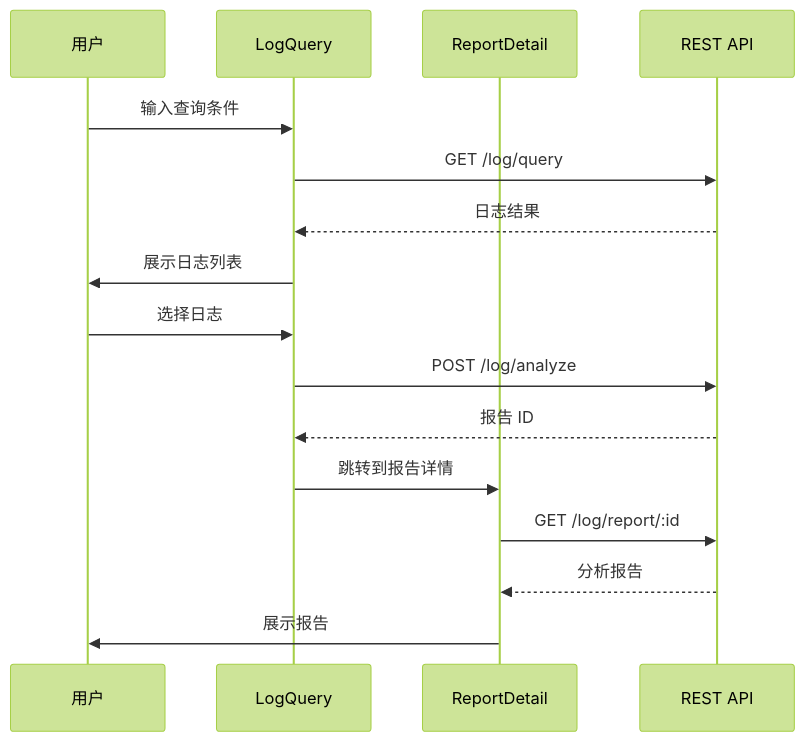
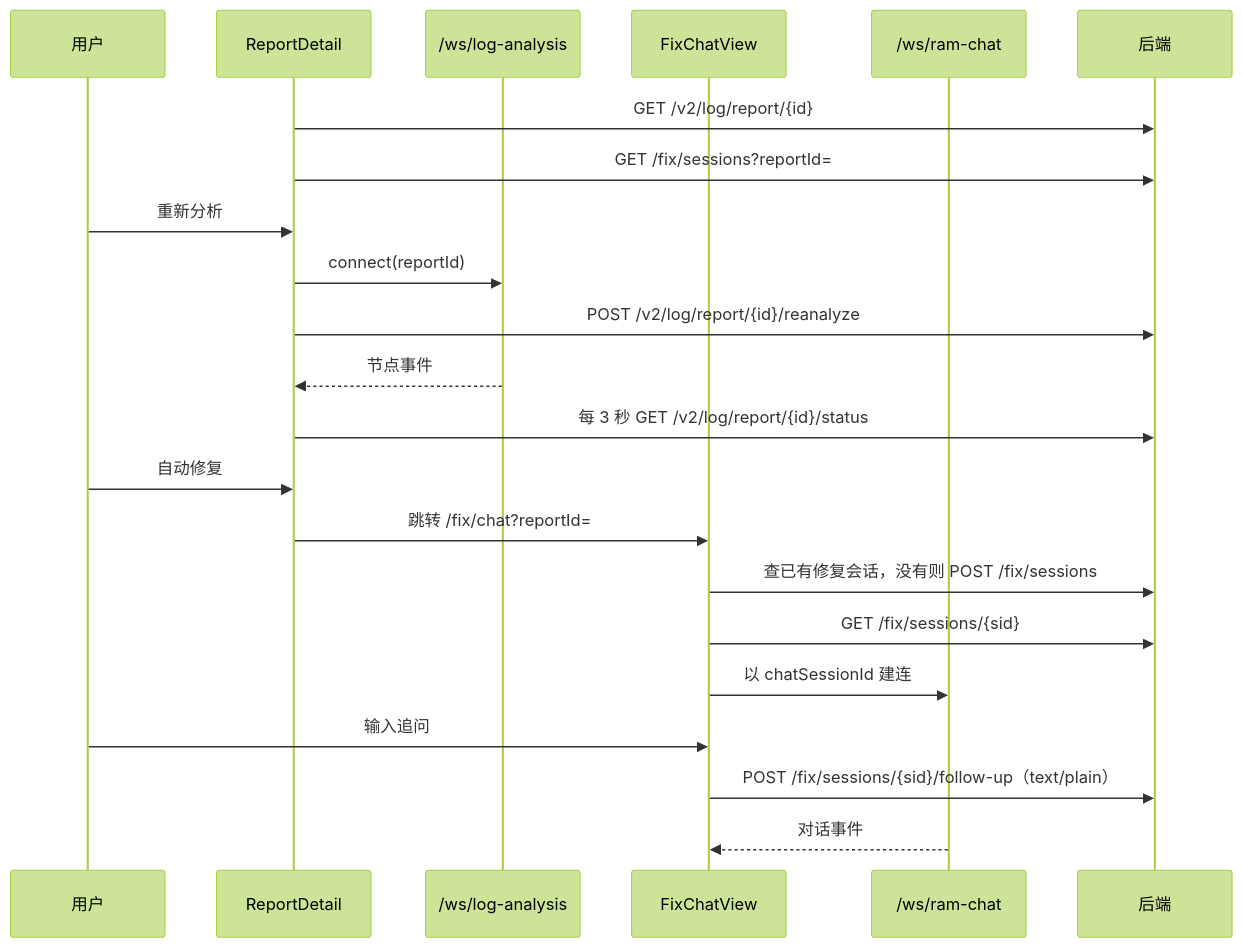
One commit to shenjiangchun/codeKnowledge changed the seventh of 8 diagrams in hisi-dev-tool-frontend/docs/codewiki/04-数据流程/index.md. Above: the diagram before and after it, drawn with Mermaid (forest theme). The commit also changed other lines of this file and 82 other files, not shown here.

````diff
--- a/hisi-dev-tool-frontend/docs/codewiki/04-数据流程/index.md
+++ b/hisi-dev-tool-frontend/docs/codewiki/04-数据流程/index.md
@@ -295,21 +240,25 @@
 ```mermaid
 sequenceDiagram
     participant U as 用户
-    participant LQ as LogQuery
-    participant RD as ReportDetail
-    participant API as REST API
+    participant R as ReportDetail
+    participant W as /ws/log-analysis
+    participant F as FixChatView
+    participant C as /ws/ram-chat
+    participant BE as 后端
 
-    U->>LQ: 输入查询条件
-    LQ->>API: GET /log/query
-    API-->>LQ: 日志结果
-    LQ->>U: 展示日志列表
-
-    U->>LQ: 选择日志
-    LQ->>API: POST /log/analyze
-    API-->>LQ: 报告 ID
-    LQ->>RD: 跳转到报告详情
-
-    RD->>API: GET /log/report/:id
-    API-->>RD: 分析报告
-    RD->>U: 展示报告
+    R->>BE: GET /v2/log/report/{id}
+    R->>BE: GET /fix/sessions?reportId=
+    U->>R: 重新分析
+    R->>W: connect(reportId)
+    R->>BE: POST /v2/log/report/{id}/reanalyze
+    W-->>R: 节点事件
+    R->>BE: 每 3 秒 GET /v2/log/report/{id}/status
+    U->>R: 自动修复
+    R->>F: 跳转 /fix/chat?reportId=
+    F->>BE: 查已有修复会话，没有则 POST /fix/sessions
+    F->>BE: GET /fix/sessions/{sid}
+    F->>C: 以 chatSessionId 建连
+    U->>F: 输入追问
+    F->>BE: POST /fix/sessions/{sid}/follow-up（text/plain）
+    C-->>F: 对话事件
 ```
````
